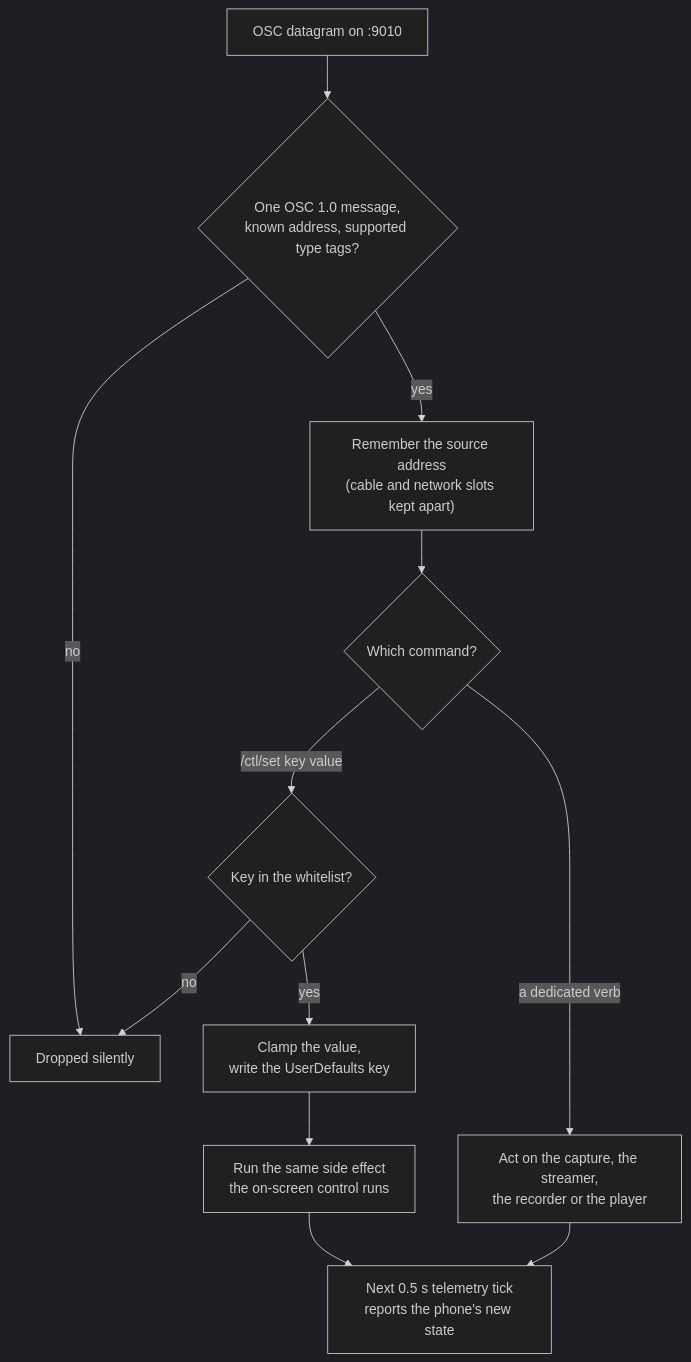
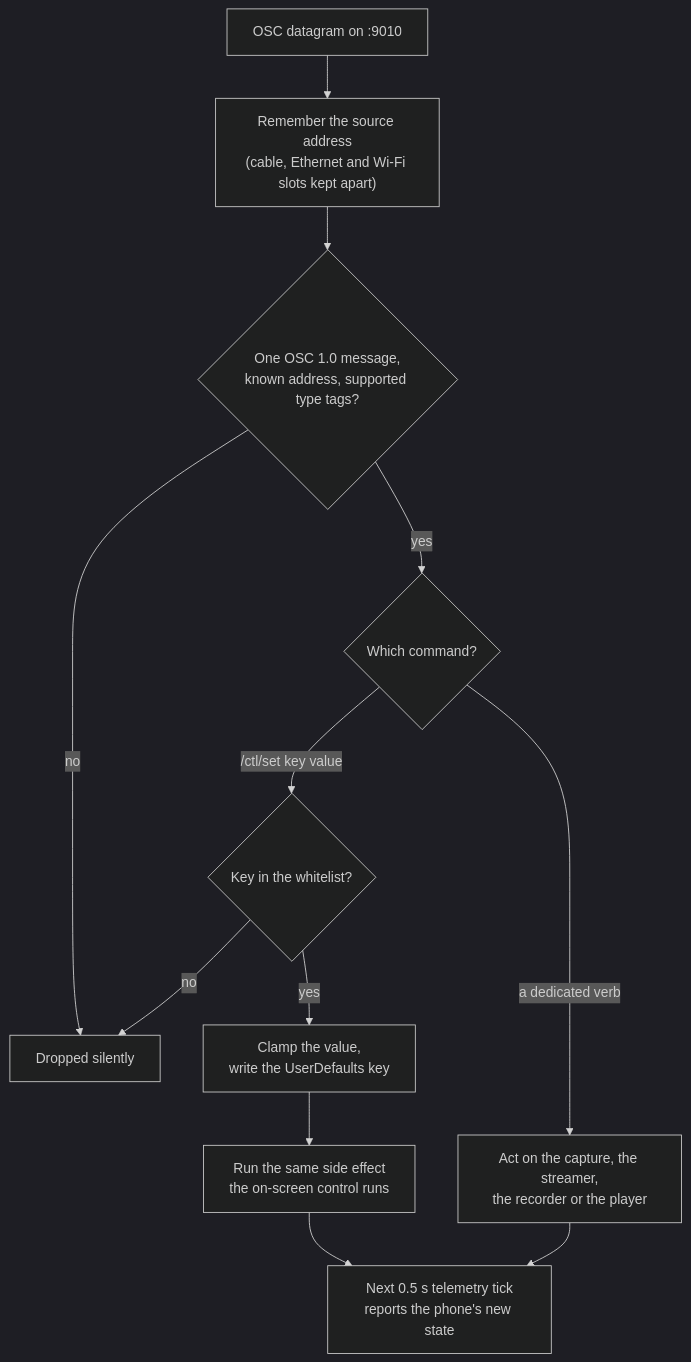
Before and after one commit to AristidesAI/TDStage-Docs: the diagram in ios/ctl.md, drawn with Mermaid (dark theme). The commit also changed other lines of this file and 22 other files, not shown here.

````diff
--- a/ios/ctl.md
+++ b/ios/ctl.md
@@ -32,14 +32,14 @@
 ```mermaid
 flowchart TD
-  A["OSC datagram on :9010"] --> B{"One OSC 1.0 message,<br/>known address, supported type tags?"}
+  A["OSC datagram on :9010"] --> C["Remember the source address<br/>(cable, Ethernet and Wi-Fi slots kept apart)"]
+  C --> B{"One OSC 1.0 message,<br/>known address, supported type tags?"}
   B -- no --> X["Dropped silently"]
-  B -- yes --> C["Remember the source address<br/>(cable and network slots kept apart)"]
-  C --> D{"Which command?"}
+  B -- yes --> D{"Which command?"}
   D -- "/ctl/set key value" --> E{"Key in the whitelist?"}
   E -- no --> X
   E -- yes --> F["Clamp the value,<br/>write the UserDefaults key"]
   F --> G["Run the same side effect<br/>the on-screen control runs"]
   D -- "a dedicated verb" --> H["Act on the capture, the streamer,<br/>the recorder or the player"]
   G --> I["Next 0.5 s telemetry tick<br/>reports the phone's new state"]
   H --> I
 ```
````
